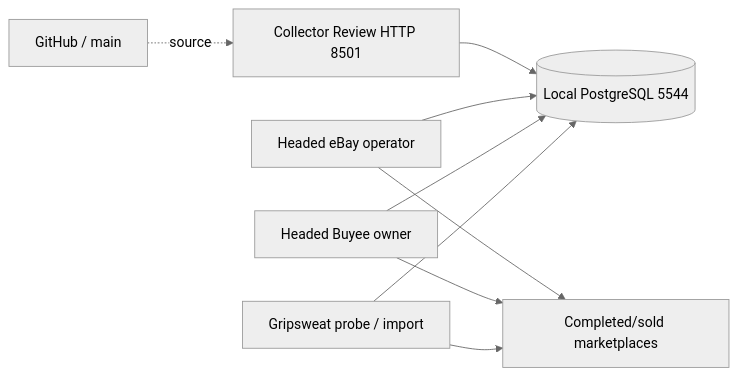
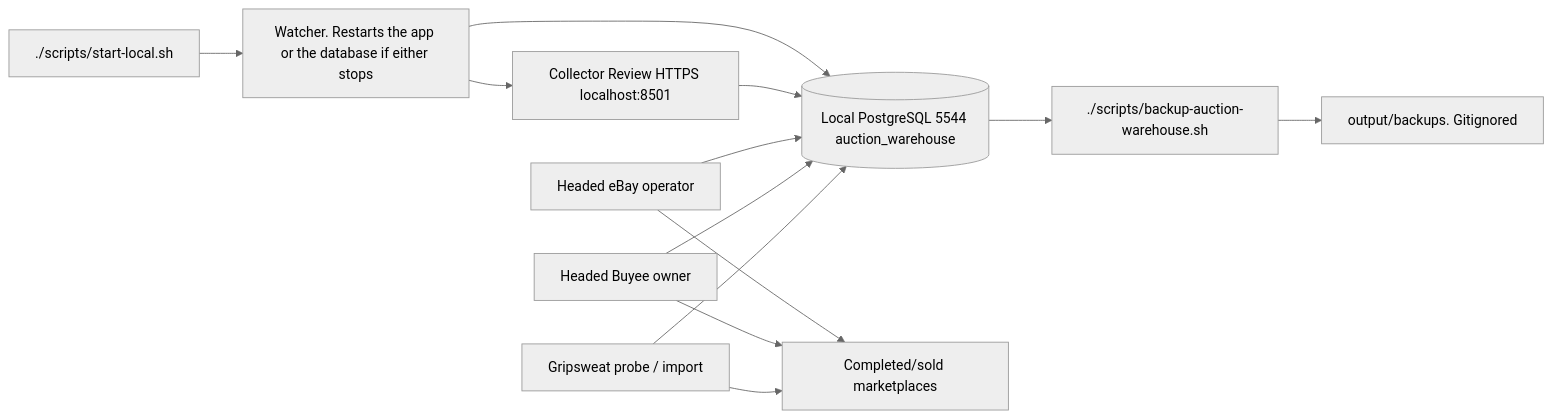
The third of 3 diagrams in README.md (TomWang22/auction-etl), drawn with Mermaid (neutral theme) before and after one commit. The commit also changed other lines of this file and 16 other files, not shown here.

Commit message:
Let review count large and mixed lots, and start or back up the local warehouse with one command.

````diff
--- a/README.md
+++ b/README.md
@@ -375,19 +442,26 @@
 ```mermaid
 flowchart LR
-    Git["GitHub / main"]
-    UI["Collector Review HTTP 8501"]
-    DB[("Local PostgreSQL 5544")]
+    Start["./scripts/start-local.sh"]
+    Watch["Watcher. Restarts the app or the database if either stops"]
+    UI["Collector Review HTTPS localhost:8501"]
+    DB[("Local PostgreSQL 5544 auction_warehouse")]
+    Backup["./scripts/backup-auction-warehouse.sh"]
+    Out["output/backups. Gitignored"]
     EbayOp["Headed eBay operator"]
     Buyee["Headed Buyee owner"]
     Grip["Gripsweat probe / import"]
     Sources["Completed/sold marketplaces"]
 
-    Git -. source .-> UI
+    Start --> Watch
+    Watch --> UI
+    Watch --> DB
     UI --> DB
+    DB --> Backup
+    Backup --> Out
     EbayOp --> Sources
     Buyee --> Sources
     Grip --> Sources
     EbayOp --> DB
     Buyee --> DB
     Grip --> DB
 ```
````
